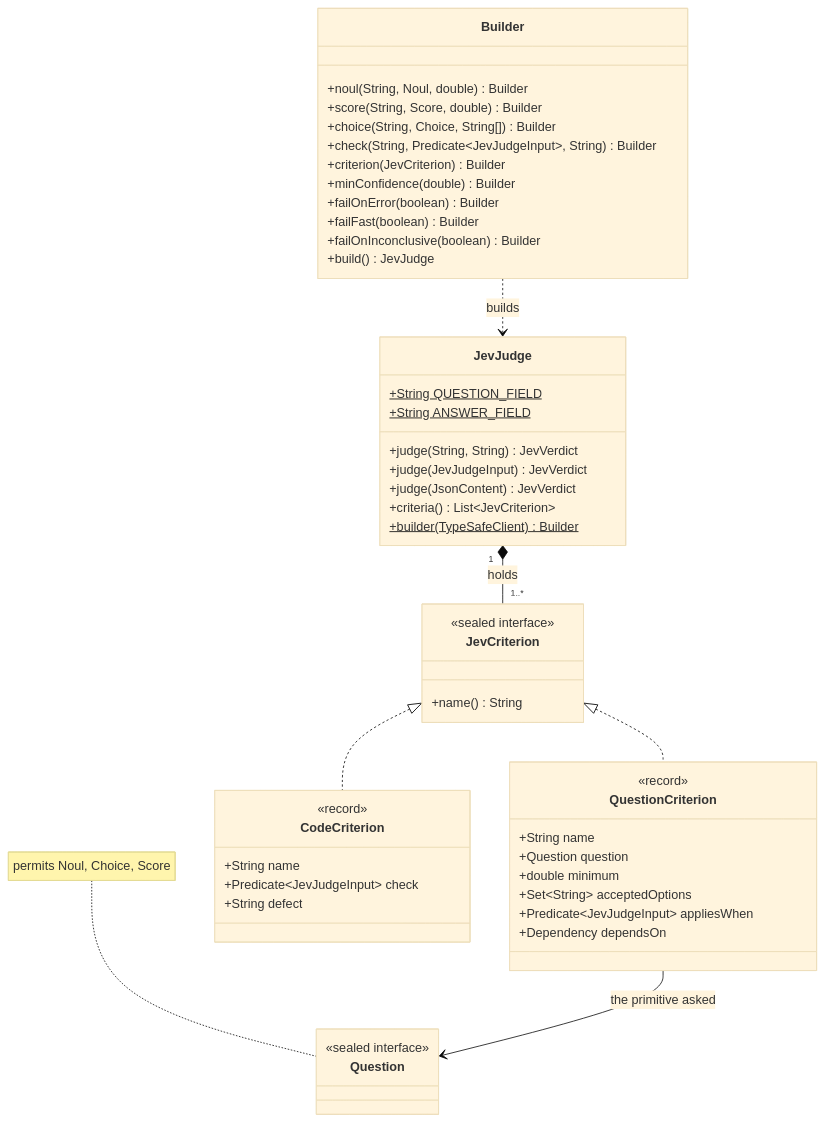
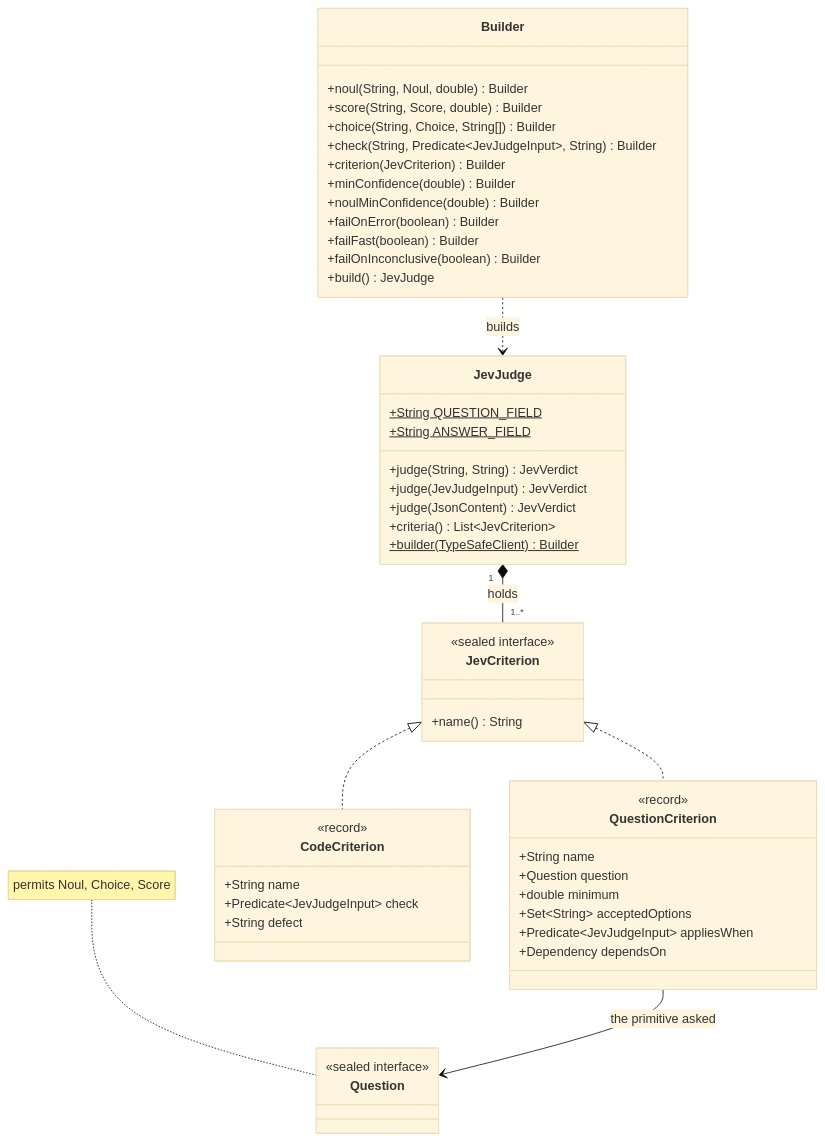
Before and after one commit to spring-ai-community/spring-ai-typesafe: the first of 3 diagrams in docs/judge/JevJudge.md, drawn with Mermaid (base theme). The commit also changed other lines of this file and 5 other files, not shown here.

````diff
--- a/docs/judge/JevJudge.md
+++ b/docs/judge/JevJudge.md
@@ -31,61 +31,62 @@
 ```mermaid
 classDiagram
     direction TB
 
     class Builder {
         +noul(String, Noul, double) Builder
         +score(String, Score, double) Builder
         +choice(String, Choice, String[]) Builder
         +check(String, Predicate~JevJudgeInput~, String) Builder
         +criterion(JevCriterion) Builder
         +minConfidence(double) Builder
+        +noulMinConfidence(double) Builder
         +failOnError(boolean) Builder
         +failFast(boolean) Builder
         +failOnInconclusive(boolean) Builder
         +build() JevJudge
     }
 
     class JevJudge {
         +String QUESTION_FIELD$
         +String ANSWER_FIELD$
         +judge(String, String) JevVerdict
         +judge(JevJudgeInput) JevVerdict
         +judge(JsonContent) JevVerdict
         +criteria() List~JevCriterion~
         +builder(TypeSafeClient)$ Builder
     }
 
     class JevCriterion {
         <<sealed interface>>
         +name() String
     }
 
     class QuestionCriterion {
         <<record>>
         +String name
         +Question question
         +double minimum
         +Set~String~ acceptedOptions
         +Predicate~JevJudgeInput~ appliesWhen
         +Dependency dependsOn
     }
 
     class CodeCriterion {
         <<record>>
         +String name
         +Predicate~JevJudgeInput~ check
         +String defect
     }
 
     class Question {
         <<sealed interface>>
     }
 
     Builder ..> JevJudge : builds
     JevJudge "1" *-- "1..*" JevCriterion : holds
     JevCriterion <|.. QuestionCriterion
     JevCriterion <|.. CodeCriterion
     QuestionCriterion --> Question : the primitive asked
 
     note for Question "permits Noul, Choice, Score"
 ```
````
